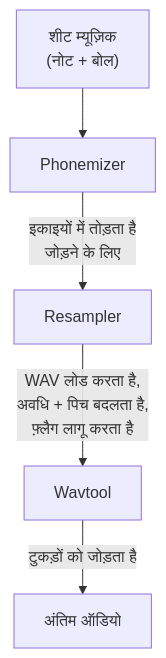
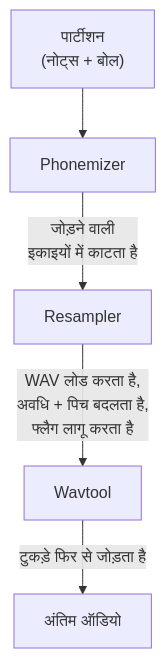
Before and after one commit to fox3000foxy/fox3000foxy.github.io: the second of 2 diagrams in public/articles/hi/utau.md, drawn with Mermaid. The commit also changed other lines of this file and 576 other files, not shown here.

````diff
--- a/public/articles/hi/utau.md
+++ b/public/articles/hi/utau.md
@@ -118,7 +118,7 @@
 ```mermaid
 flowchart TD
-    A["शीट म्यूज़िक<br/>(नोट + बोल)"] --> B[Phonemizer]
-    B -->|"इकाइयों में तोड़ता है<br/>जोड़ने के लिए"| C[Resampler]
-    C -->|"WAV लोड करता है,<br/>अवधि + पिच बदलता है,<br/>फ़्लैग लागू करता है"| D[Wavtool]
-    D -->|"टुकड़ों को जोड़ता है"| E["अंतिम ऑडियो"]
+    A["पार्टीशन<br/>(नोट्स + बोल)"] --> B[Phonemizer]
+    B -->|"जोड़ने वाली<br/>इकाइयों में काटता है"| C[Resampler]
+    C -->|"WAV लोड करता है,<br/>अवधि + पिच बदलता है,<br/>फ्लैग लागू करता है"| D[Wavtool]
+    D -->|"टुकड़े फिर से जोड़ता है"| E["अंतिम ऑडियो"]
 ```
````
